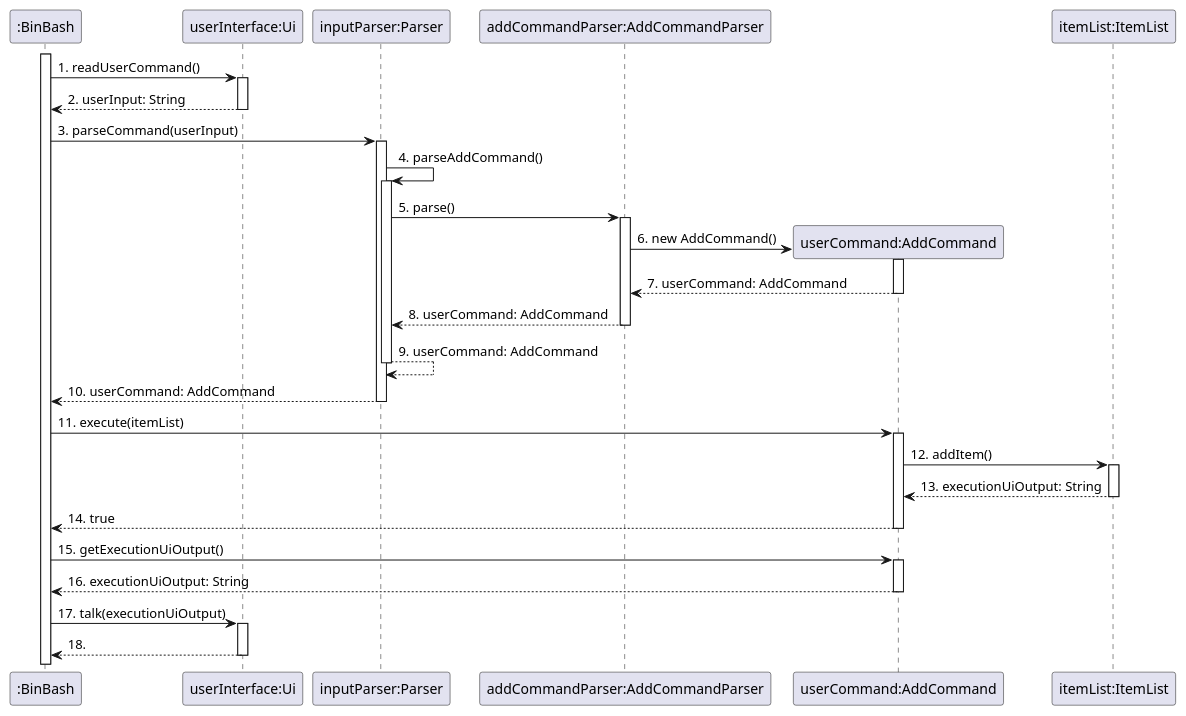
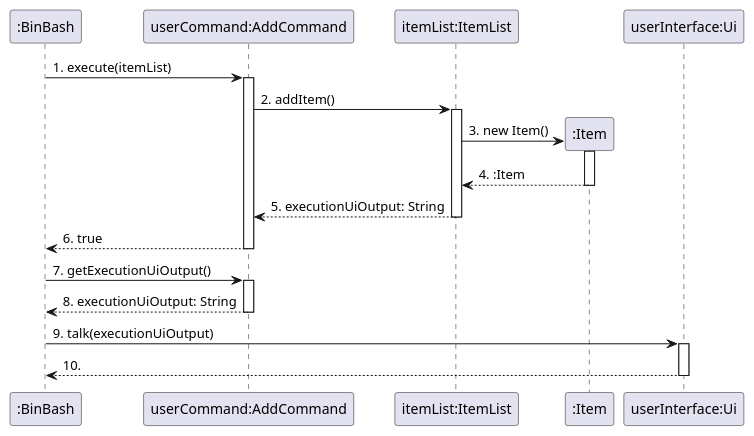
One commit to AY2324S2-CS2113T-T09-2/tp changed the diagram in docs/diagrams/AddSequenceDiagram.puml. Above: the diagram before and after it, drawn with PlantUML. The commit also changed 1 other file, not shown here.

Commit message:
Add Add-Item sequence diagram

```diff
--- a/docs/diagrams/AddSequenceDiagram.puml
+++ b/docs/diagrams/AddSequenceDiagram.puml
@@ -1,36 +1,24 @@
 @startuml
+
 participant ":BinBash"
-activate ":BinBash"
+participant "userCommand:AddCommand"
 
-":BinBash" -> "userInterface:Ui" : 1. readUserCommand()
+":BinBash" -> "userCommand:AddCommand" : 1. execute(itemList)
+activate "userCommand:AddCommand"
+"userCommand:AddCommand" -> "itemList:ItemList" : 2. addItem()
+activate "itemList:ItemList"
+
+"itemList:ItemList" -> ":Item"** : 3. new Item()
+activate ":Item"
+return 4. :Item
+return 5. executionUiOutput: String
+return 6. true
+
+":BinBash" -> "userCommand:AddCommand" : 7. getExecutionUiOutput()
+activate "userCommand:AddCommand"
+return 8. executionUiOutput: String
+":BinBash" -> "userInterface:Ui" : 9. talk(executionUiOutput)
 activate "userInterface:Ui"
-return 2. userInput: String
-
-":BinBash" -> "inputParser:Parser" : 3. parseCommand(userInput)
-activate "inputParser:Parser"
-"inputParser:Parser" -> "inputParser:Parser" : 4. parseAddCommand()
-activate "inputParser:Parser"
-"inputParser:Parser" -> "addCommandParser:AddCommandParser" : 5. parse()
-activate "addCommandParser:AddCommandParser"
-"addCommandParser:AddCommandParser" -> "userCommand:AddCommand" ** : 6. new AddCommand()
-activate "userCommand:AddCommand"
-return 7. userCommand: AddCommand
-return 8. userCommand: AddCommand
-return 9. userCommand: AddCommand
-return 10. userCommand: AddCommand
-
-":BinBash" -> "userCommand:AddCommand" : 11. execute(itemList)
-activate "userCommand:AddCommand"
-"userCommand:AddCommand" -> "itemList:ItemList" : 12. addItem()
-activate "itemList:ItemList"
-return 13. executionUiOutput: String
-return 14. true
-
-":BinBash" -> "userCommand:AddCommand" : 15. getExecutionUiOutput()
-activate "userCommand:AddCommand"
-return 16. executionUiOutput: String
-":BinBash" -> "userInterface:Ui" : 17. talk(executionUiOutput)
-activate "userInterface:Ui"
-return 18.
+return 10.
 
 @enduml
```
